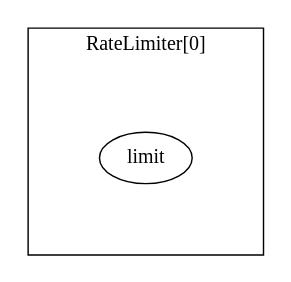
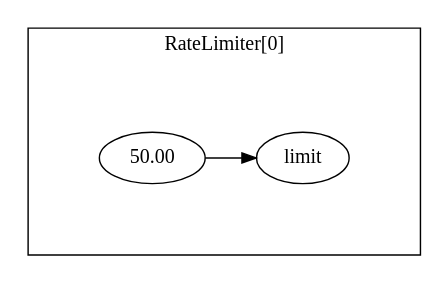
One commit to dataongunlaws/aperture changed the diagram in blueprints/blueprints/rate-limiter/example/gen/graph/graph.dot. Above: the diagram before and after it, drawn with Graphviz. The commit also changed 49 other files, not shown here.

```diff
--- a/blueprints/blueprints/rate-limiter/example/gen/graph/graph.dot
+++ b/blueprints/blueprints/rate-limiter/example/gen/graph/graph.dot
@@ -1,10 +1,12 @@
 digraph  {
 	subgraph cluster_s1 {
 		label="RateLimiter[0]";margin="50.0";
+		n3[label="50.00"];
 		n2[label="limit"];
+		n3->n2;
 		{rank=same; n2;};
 		
 	}
 	rankdir="LR";splines="ortho";
 	
 }
```
